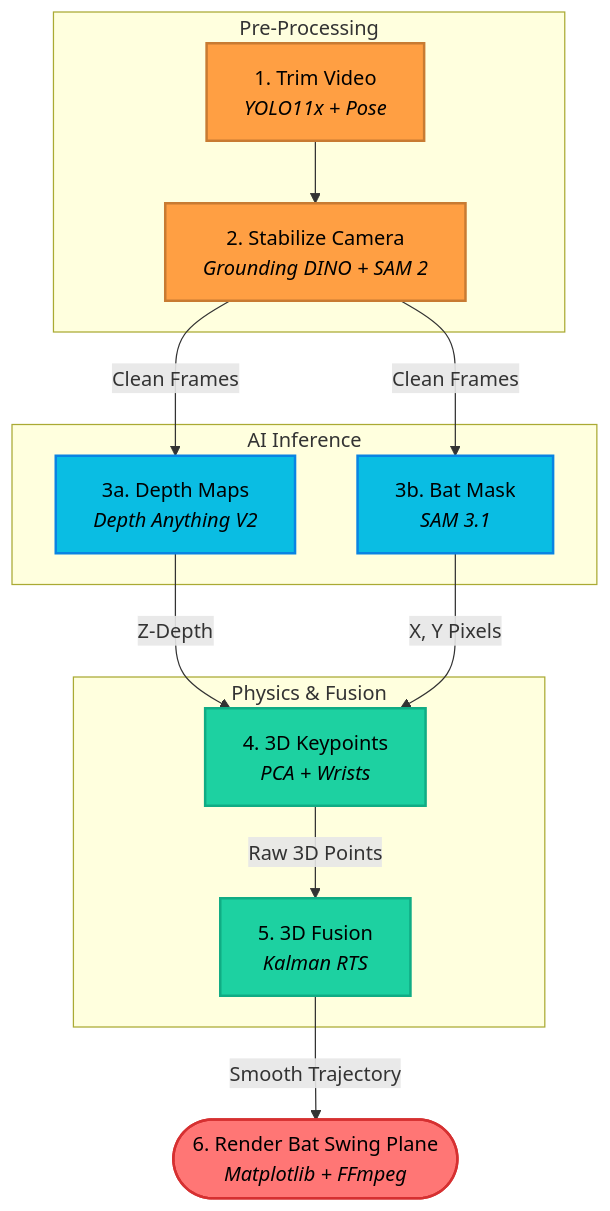
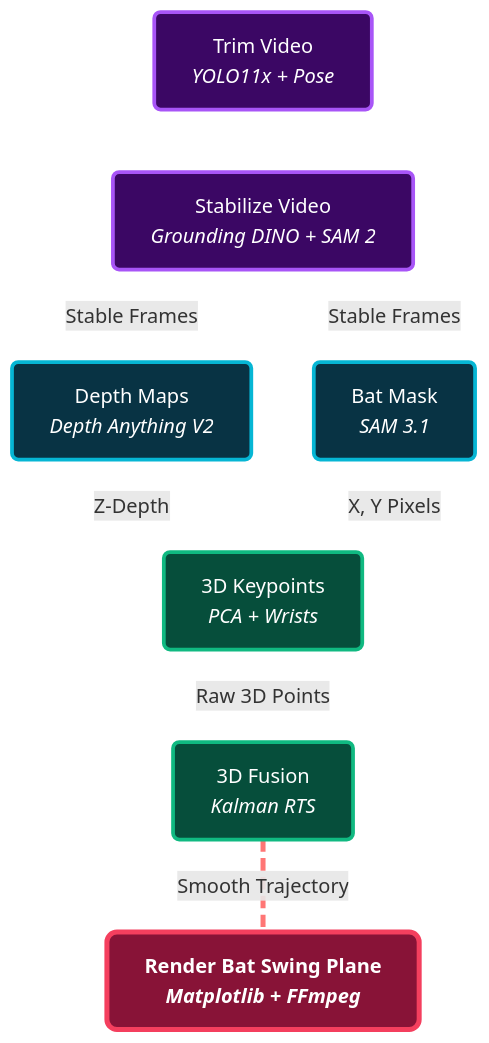
One commit to adnanmsk/blog_privew changed the diagram in blog_draft_2.md. Above: the diagram before and after it, drawn with Mermaid. The commit also changed other lines of this file, not shown here.

Commit message:
Integrate Option 5 Mermaid diagram and minor text tweaks

````diff
--- a/blog_draft_2.md
+++ b/blog_draft_2.md
@@ -51,25 +51,24 @@
 ```mermaid
 graph TD
-    %% Style Definitions
-    classDef prep fill:#ff9f43,stroke:#c87b32,color:#000,stroke-width:2px;
-    classDef infer fill:#0abde3,stroke:#0984e3,color:#000,stroke-width:2px;
-    classDef phys fill:#1dd1a1,stroke:#10ac84,color:#000,stroke-width:2px;
-    classDef out fill:#ff7675,stroke:#d63031,color:#000,stroke-width:2px;
+    %% Custom Premium Styles
+    classDef prep fill:#3b0764,stroke:#a855f7,color:#fff,stroke-width:3px,rx:5px,ry:5px;
+    classDef infer fill:#083344,stroke:#06b6d4,color:#fff,stroke-width:3px,rx:5px,ry:5px;
+    classDef phys fill:#064e3b,stroke:#10b981,color:#fff,stroke-width:3px,rx:5px,ry:5px;
+    classDef out fill:#881337,stroke:#f43f5e,color:#fff,stroke-width:4px,rx:8px,ry:8px,font-weight:bold;
 
-    subgraph Pre-Processing
-        T[1. Trim Video<br><i>YOLO11x + Pose</i>]:::prep --> S[2. Stabilize Camera<br><i>Grounding DINO + SAM 2</i>]:::prep
-    end
+    T["Trim Video<br><i>YOLO11x + Pose</i>"]:::prep --> S["Stabilize Video<br><i>Grounding DINO + SAM 2</i>"]:::prep
     
-    subgraph AI Inference
-        S -- "Clean Frames" --> D[3a. Depth Maps<br><i>Depth Anything V2</i>]:::infer
-        S -- "Clean Frames" --> Seg[3b. Bat Mask<br><i>SAM 3.1</i>]:::infer
-    end
+    S -- "Stable Frames" --> D["Depth Maps<br><i>Depth Anything V2</i>"]:::infer
+    S -- "Stable Frames" --> Seg["Bat Mask<br><i>SAM 3.1</i>"]:::infer
     
-    subgraph Physics & Fusion
-        D -- "Z-Depth" --> K[4. 3D Keypoints<br><i>PCA + Wrists</i>]:::phys
-        Seg -- "X, Y Pixels" --> K
-        K -- "Raw 3D Points" --> F[5. 3D Fusion<br><i>Kalman RTS</i>]:::phys
-    end
+    D -- "Z-Depth" --> K["3D Keypoints<br><i>PCA + Wrists</i>"]:::phys
+    Seg -- "X, Y Pixels" --> K
     
-    F -- "Smooth Trajectory" --> R([6. Render Bat Swing Plane<br><i>Matplotlib + FFmpeg</i>]):::out
+    K -- "Raw 3D Points" --> F["3D Fusion<br><i>Kalman RTS</i>"]:::phys
+    
+    F == "Smooth Trajectory" === R["Render Bat Swing Plane<br><i>Matplotlib + FFmpeg</i>"]:::out
+
+    %% Animation like Option 3
+    linkStyle 0,1,2,3,4,5 stroke:#fff,stroke-width:2px,stroke-dasharray: 8 4;
+    linkStyle 6 stroke:#ff7675,stroke-width:4px,stroke-dasharray: 10 5;
 ```
````
